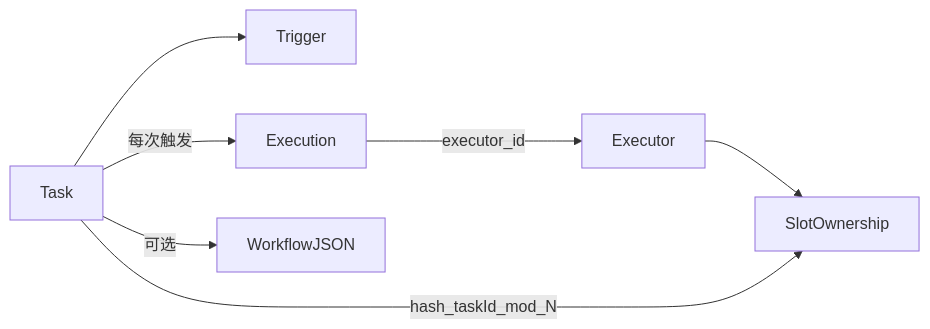
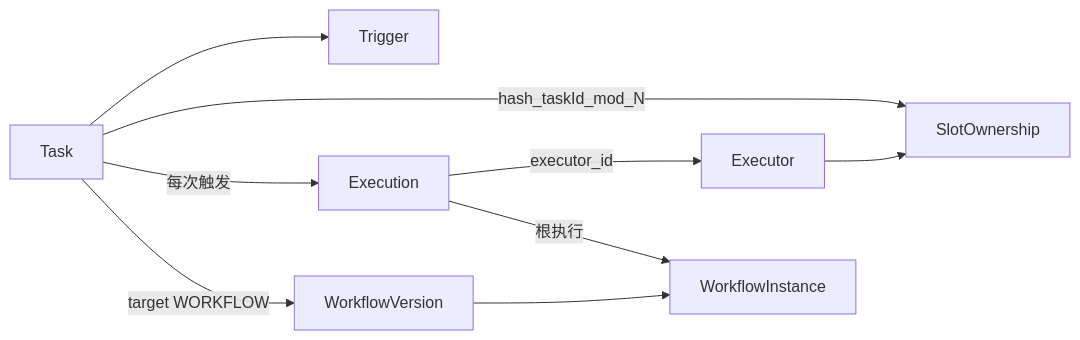
Before and after one commit to little-eight-china/taskx: the diagram in docs/03-domain-model.md, drawn with Mermaid. The commit also changed other lines of this file and 81 other files, not shown here.

````diff
--- a/docs/03-domain-model.md
+++ b/docs/03-domain-model.md
@@ -5,16 +5,19 @@
 ```mermaid
 flowchart LR
   ExecutorReg[Executor]
   SlotOwner[SlotOwnership]
   Task[Task]
   Trigger[Trigger]
   Execution[Execution]
-  WfJson[WorkflowJSON]
+  WorkflowVersion[WorkflowVersion]
+  WorkflowInstance[WorkflowInstance]
 
   ExecutorReg --> SlotOwner
   Task --> Trigger
   Task -->|hash_taskId_mod_N| SlotOwner
   Task -->|每次触发| Execution
   Execution -->|executor_id| ExecutorReg
-  Task -->|可选| WfJson
+  Task -->|target WORKFLOW| WorkflowVersion
+  WorkflowVersion --> WorkflowInstance
+  Execution -->|根执行| WorkflowInstance
 ```
````
